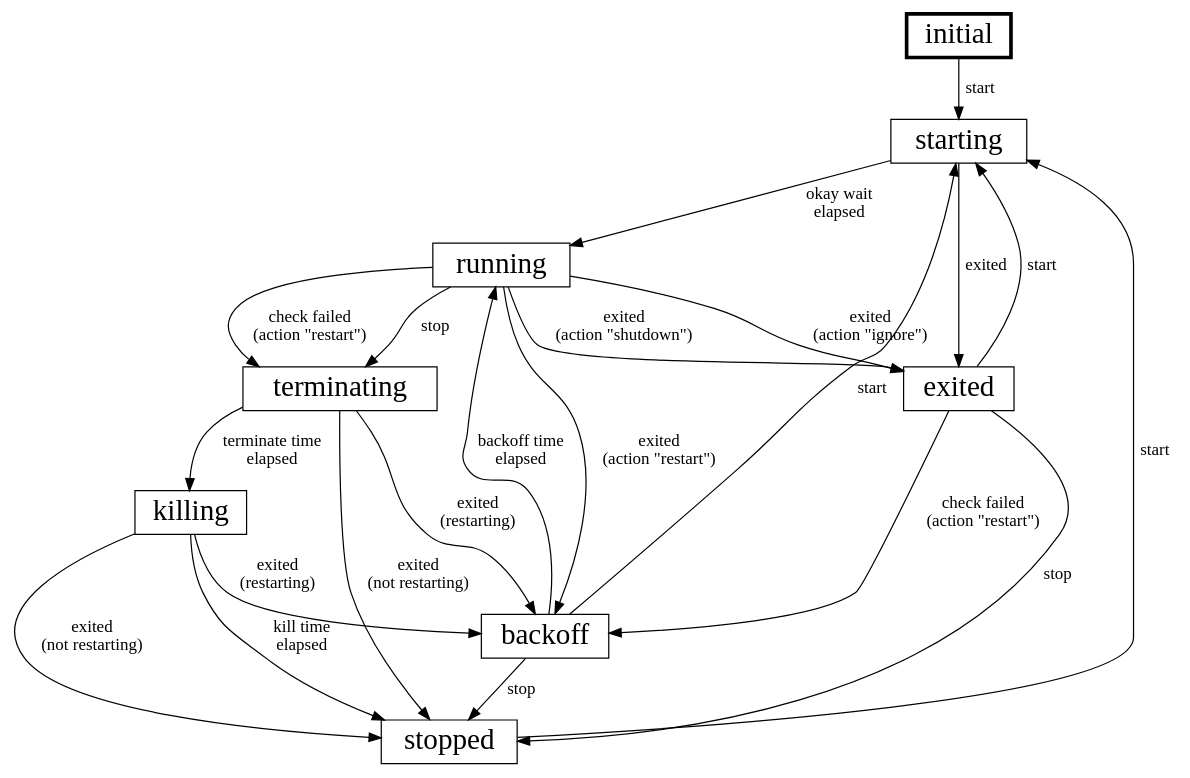
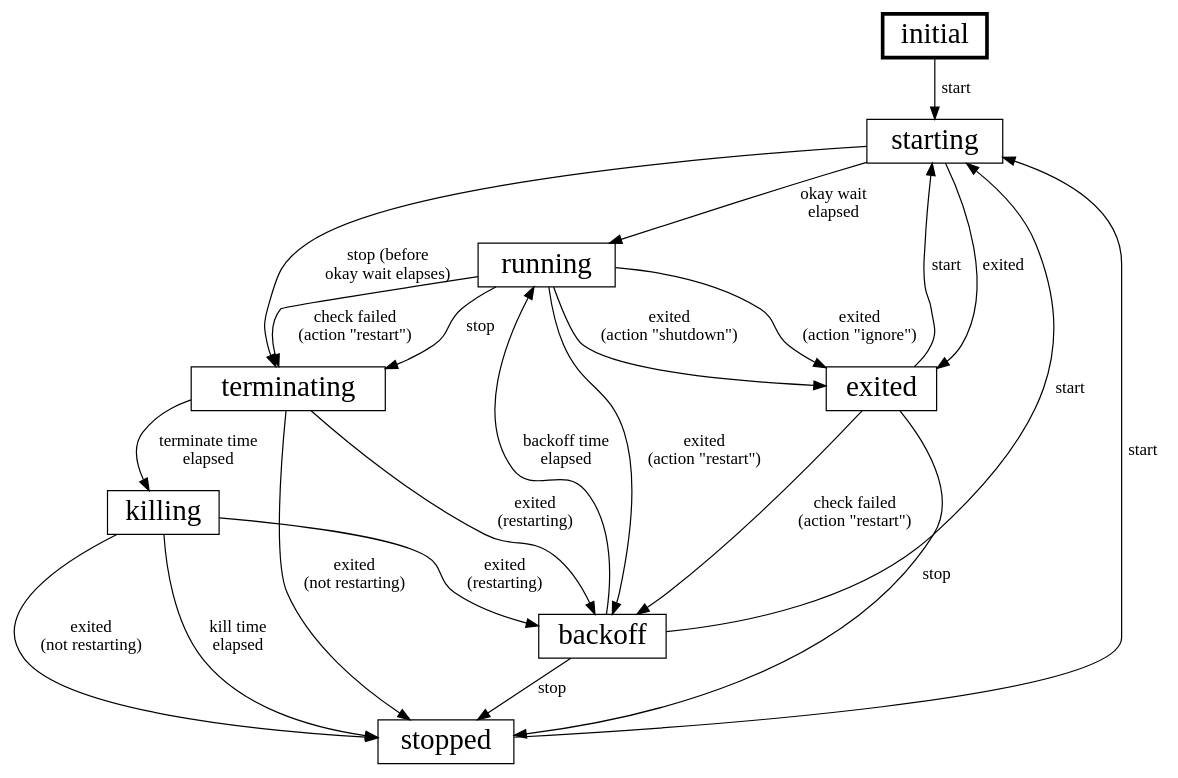
Before and after one commit to canonical/pebble: the diagram in internals/overlord/servstate/state-diagram.dot, drawn with Graphviz. The commit also changed 6 other files, not shown here.

```diff
--- a/internals/overlord/servstate/state-diagram.dot
+++ b/internals/overlord/servstate/state-diagram.dot
@@ -1,25 +1,26 @@
 # Create SVG with the following graphviz command:
 #
 # dot -Tsvg internals/overlord/servstate/state-diagram.dot -o ./internals/overlord/servstate/state-diagram.svg
 
 digraph service_state_machine {
     node [penwidth=3 shape=box fontsize=24] initial
     node [penwidth=1]
     initial -> starting [label="start"]
     starting -> running [label="okay wait\nelapsed"]
+    starting -> terminating [label="stop (before\nokay wait elapses)"]
     running -> terminating [label="stop"]
     running -> terminating [label="check failed\n(action \"restart\")"]
     terminating -> killing [label="terminate time\nelapsed"]
     {terminating, killing} -> stopped [label="exited\n(not restarting)"]
     {terminating, killing} -> backoff [label="exited\n(restarting)"]
     exited -> stopped [label="stop"]
     starting -> exited [label="exited"]
     {backoff, stopped, exited} -> starting [label="start"]
     running -> exited [label="exited\n(action \"ignore\")"]
     running -> exited [label="exited\n(action \"shutdown\")"]
     running -> backoff [label="exited\n(action \"restart\")"]
     backoff -> stopped [label="stop"]
     backoff -> running [label="backoff time\nelapsed"]
     killing -> stopped [label="kill time\nelapsed"]
     exited -> backoff [label="check failed\n(action \"restart\")"]
 }
```
